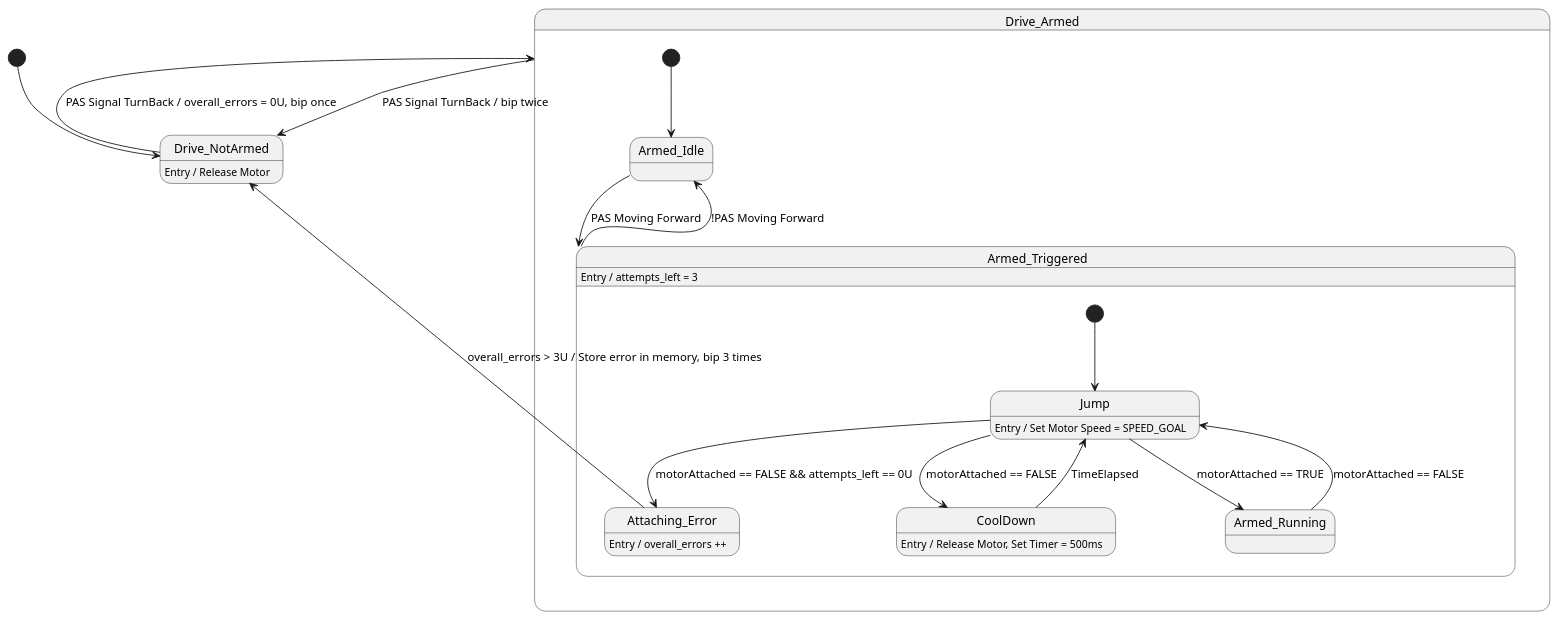
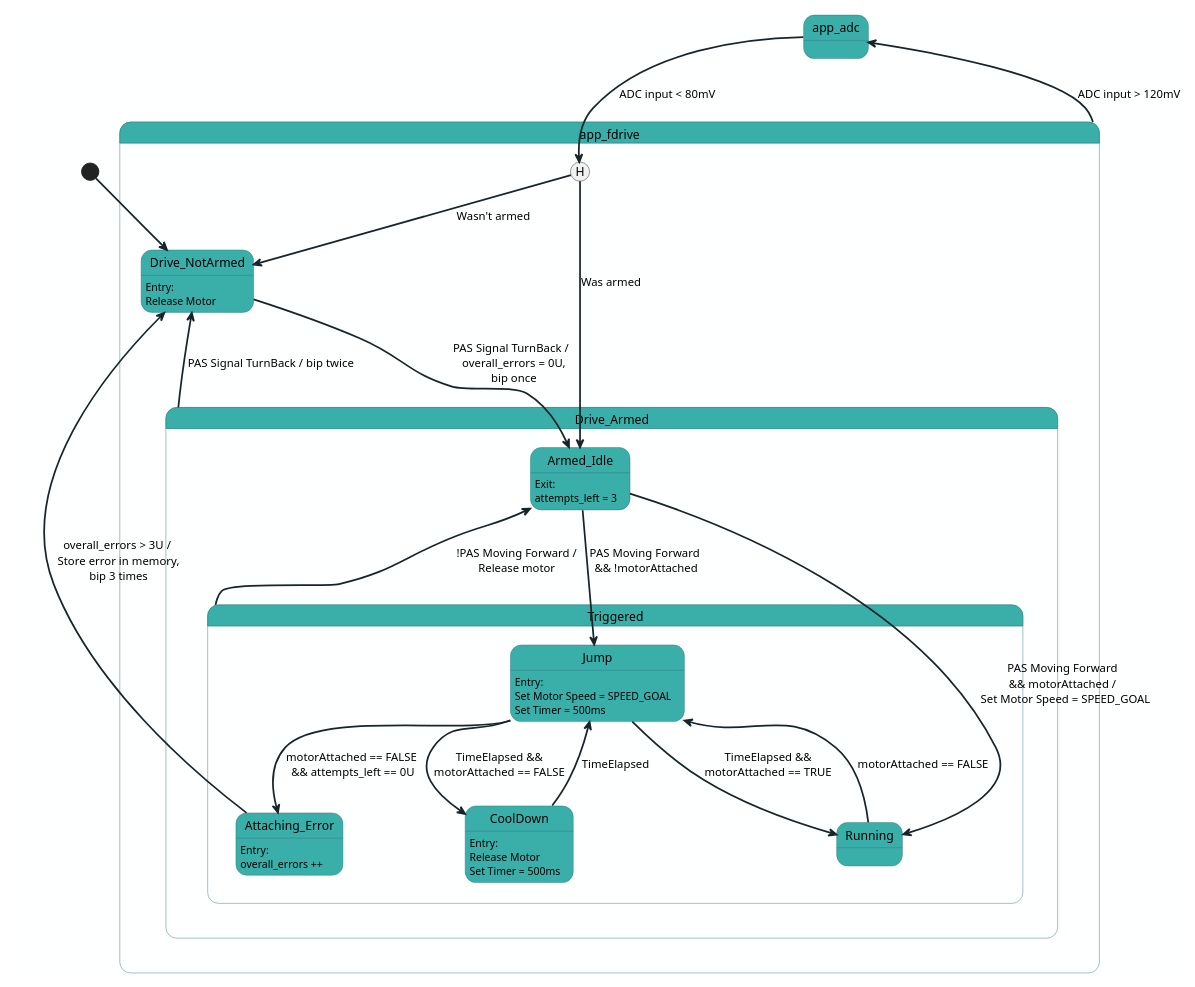
Before and after one commit to PiotrStrzalka/PiotrStrzalka.github.io: the diagram in uml/fdrive-app-sm.iuml, drawn with PlantUML. The commit also changed 9 other files, not shown here.

Commit message:
Add system diagram, correct about page, progress in system post.

```diff
--- a/uml/fdrive-app-sm.iuml
+++ b/uml/fdrive-app-sm.iuml
@@ -1,33 +1,63 @@
 @startuml
-[*] --> Drive_NotArmed
-Drive_NotArmed: Entry / Release Motor
-Drive_NotArmed --> Drive_Armed : PAS Signal TurnBack / overall_errors = 0U, bip once
-Drive_Armed --> Drive_NotArmed : PAS Signal TurnBack / bip twice
-  
-state Drive_Armed {
-    [*] --> Armed_Idle
-    Armed_Idle --> Armed_Triggered : PAS Moving Forward
-    state Armed_Triggered {
-        [*] --> Jump
-        Jump --> CoolDown : motorAttached == FALSE
-        CoolDown --> Jump : TimeElapsed
-        Jump --> Armed_Running : motorAttached == TRUE
-        Armed_Running --> Jump : motorAttached == FALSE
 
-        Jump --> Attaching_Error : motorAttached == FALSE && attempts_left == 0U
+skinparam backgroundColor #FEFFFF
+skinparam state {
+  StartColor Black
+  EndColor Black
+  BackgroundColor #3AAFA9
+  BorderColor #2B7278
+  FontName Yu Gothic UI Semibold
+  StateBackgroundColor #DEF2F1
+  ArrowColor #17252A
+  ArrowThickness 2
+  ArrowFontName Yu Gothic UI Semibold
+}
 
-        Attaching_Error : Entry / overall_errors ++
-        Jump : Entry / Set Motor Speed = SPEED_GOAL
-        CoolDown :  Entry / Release Motor, Set Timer = 500ms
 
+state app_fdrive {
+    
+    Drive_NotArmed: Entry:
+    Drive_NotArmed: Release Motor
+    
+    
+    state Drive_Armed {
+        state Triggered {
+            Jump --> CoolDown : TimeElapsed &&\nmotorAttached == FALSE
+            CoolDown --> Jump : TimeElapsed
+            Jump --> Running : TimeElapsed &&\nmotorAttached == TRUE
+            Running --> Jump : motorAttached == FALSE
+
+            Jump --> Attaching_Error : motorAttached == FALSE \n&& attempts_left == 0U
+
+            Attaching_Error : Entry:
+            Attaching_Error : overall_errors ++
+            Jump : Entry:
+            Jump : Set Motor Speed = SPEED_GOAL
+            Jump:        Set Timer = 500ms
+            CoolDown :  Entry:
+            CoolDown :  Release Motor
+            CoolDown :  Set Timer = 500ms
+
+        }
+        Armed_Idle : Exit:
+        Armed_Idle : attempts_left = 3
+        Armed_Idle --> Jump : PAS Moving Forward\n && !motorAttached
+
+        Armed_Idle --> Running : PAS Moving Forward \n&& motorAttached / \n Set Motor Speed = SPEED_GOAL
+        Triggered -up-> Armed_Idle: !PAS Moving Forward /\nRelease motor
     }
 
-    Armed_Triggered : Entry / attempts_left = 3
-    
-    
-    Armed_Triggered --> Armed_Idle: !PAS Moving Forward
+    Drive_NotArmed --> Armed_Idle : PAS Signal TurnBack / \n overall_errors = 0U,\n bip once
+    Drive_Armed -up-> Drive_NotArmed : PAS Signal TurnBack / bip twice
+    Attaching_Error -up-> Drive_NotArmed : overall_errors > 3U /\n Store error in memory,\n bip 3 times
 }
 
-Attaching_Error --> Drive_NotArmed : overall_errors > 3U / Store error in memory, bip 3 times
+[*] -down-> Drive_NotArmed
+app_adc --> app_fdrive[H]: ADC input < 80mV
+app_fdrive --> app_adc: ADC input > 120mV
+
+app_fdrive[H] --> Drive_NotArmed : Wasn't armed
+app_fdrive[H] -down-> Armed_Idle : Was armed
+
 
 @enduml
```
